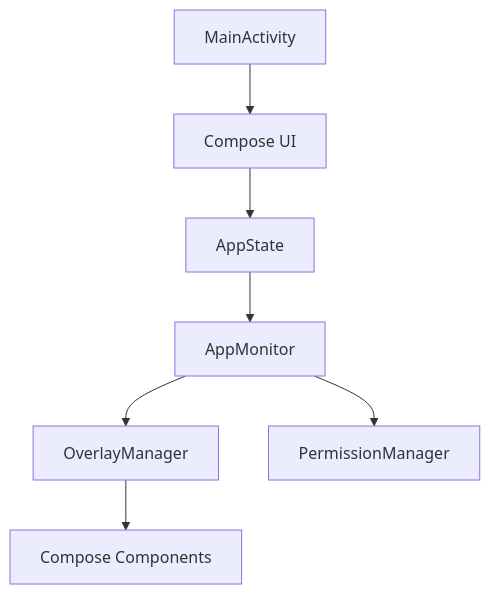
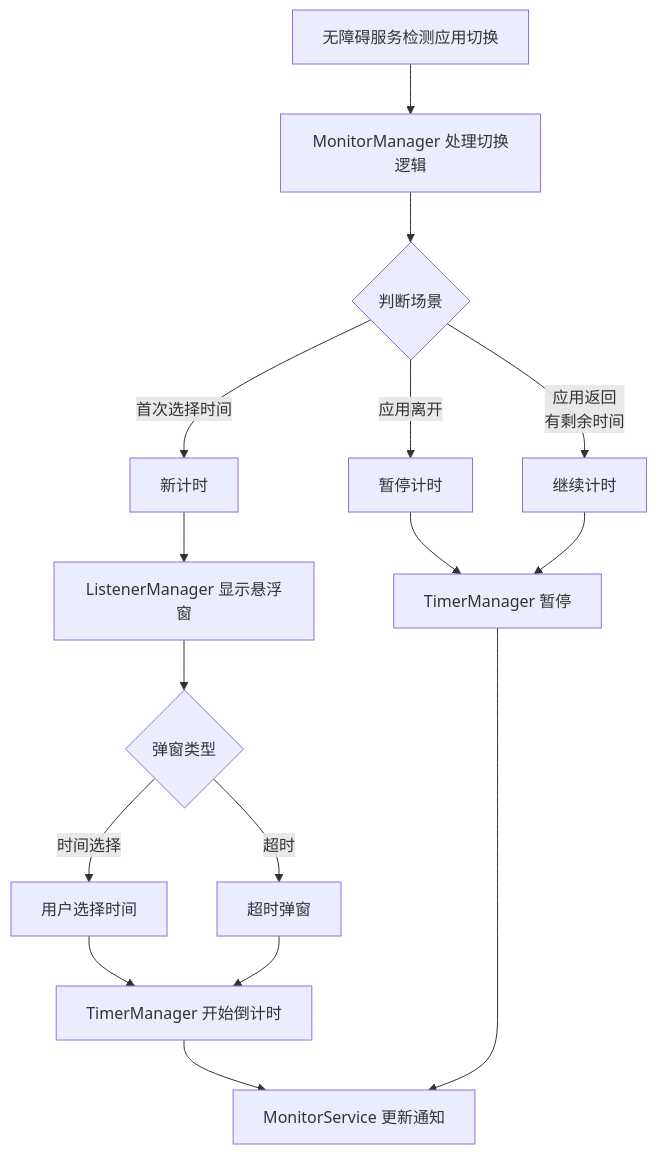
The diagram in README.md (huojieren/AppPause), drawn with Mermaid before and after one commit. The commit also changed other lines of this file and 3 other files, not shown here.

````diff
--- a/README.md
+++ b/README.md
@@ -29,9 +50,18 @@
-```Mermaid
-graph TD
-    A[MainActivity] --> B[Compose UI] 
-    B --> C[AppState] 
-    C --> D[AppMonitor] 
-    D -->E[OverlayManager] 
-    D --> F[PermissionManager] 
-    E --> G[Compose Components]
+```mermaid
+flowchart TD
+    A[无障碍服务检测应用切换] --> B[MonitorManager 处理切换逻辑]
+    B --> C{判断场景}
+    C -->|应用离开| D[暂停计时]
+    C -->|应用返回<br>有剩余时间| E[继续计时]
+    C -->|首次选择时间| F[新计时]
+    D --> G[TimerManager 暂停]
+    E --> G
+    F --> H[ListenerManager 显示悬浮窗]
+    H --> I{弹窗类型}
+    I -->|时间选择| J[用户选择时间]
+    I -->|超时| K[超时弹窗]
+    J --> L[TimerManager 开始倒计时]
+    K --> L
+    L --> M[MonitorService 更新通知]
+    G --> M
 ```
````
